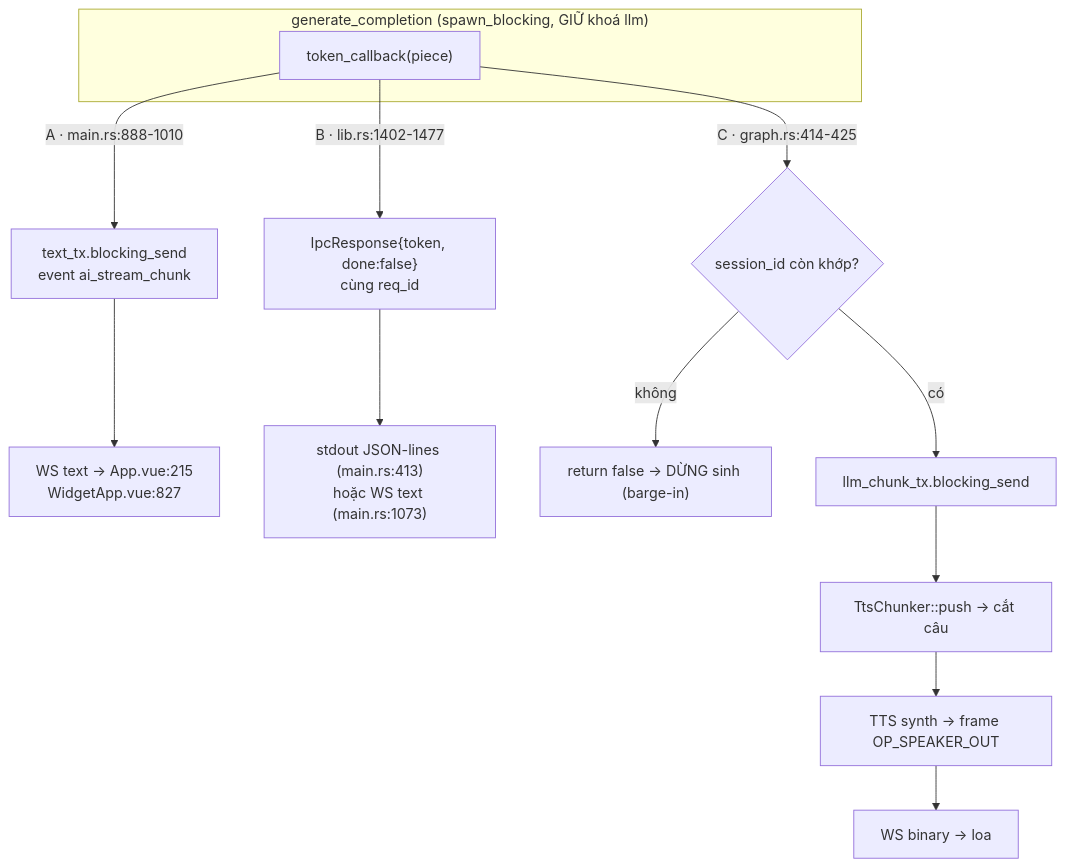
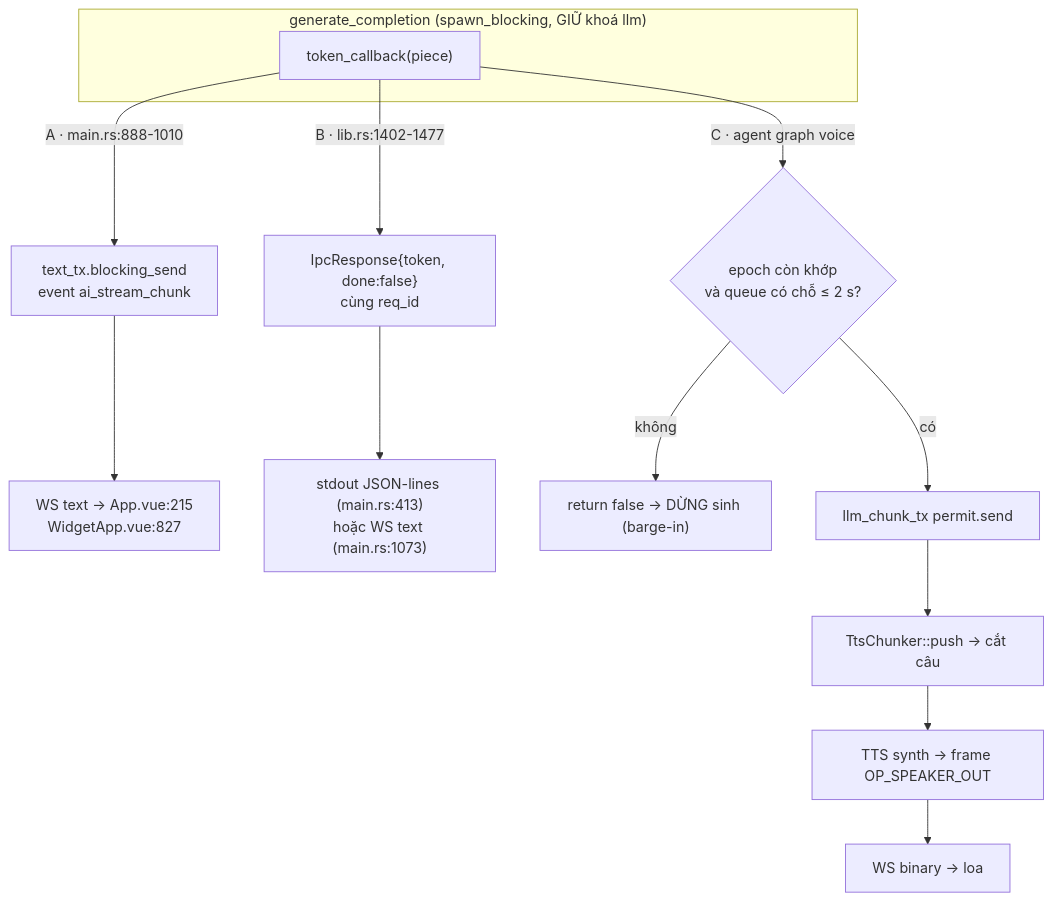
Before and after one commit to DuongNAD/LIVA: the fifth of 5 diagrams in docs/01-ban-ve/04-he-llm-va-prompt.md, drawn with Mermaid. The commit also changed other lines of this file and 29 other files, not shown here.

````diff
--- a/docs/01-ban-ve/04-he-llm-va-prompt.md
+++ b/docs/01-ban-ve/04-he-llm-va-prompt.md
@@ -896,19 +918,19 @@
 ```mermaid
 flowchart TD
     subgraph GEN["generate_completion (spawn_blocking, GIỮ khoá llm)"]
         G["token_callback(piece)"]
     end
 
     G -->|"A · main.rs:888-1010"| A1["text_tx.blocking_send<br/>event ai_stream_chunk"]
     A1 --> A2["WS text → App.vue:215<br/>WidgetApp.vue:827"]
 
     G -->|"B · lib.rs:1402-1477"| B1["IpcResponse{token, done:false}<br/>cùng req_id"]
     B1 --> B2["stdout JSON-lines (main.rs:413)<br/>hoặc WS text (main.rs:1073)"]
 
-    G -->|"C · graph.rs:414-425"| C0{"session_id còn khớp?"}
+    G -->|"C · agent graph voice"| C0{"epoch còn khớp<br/>và queue có chỗ ≤ 2 s?"}
     C0 -- không --> C1["return false → DỪNG sinh (barge-in)"]
-    C0 -- có --> C2["llm_chunk_tx.blocking_send"]
+    C0 -- có --> C2["llm_chunk_tx permit.send"]
     C2 --> C3["TtsChunker::push → cắt câu"]
     C3 --> C4["TTS synth → frame OP_SPEAKER_OUT"]
     C4 --> C5["WS binary → loa"]
 ```
````
